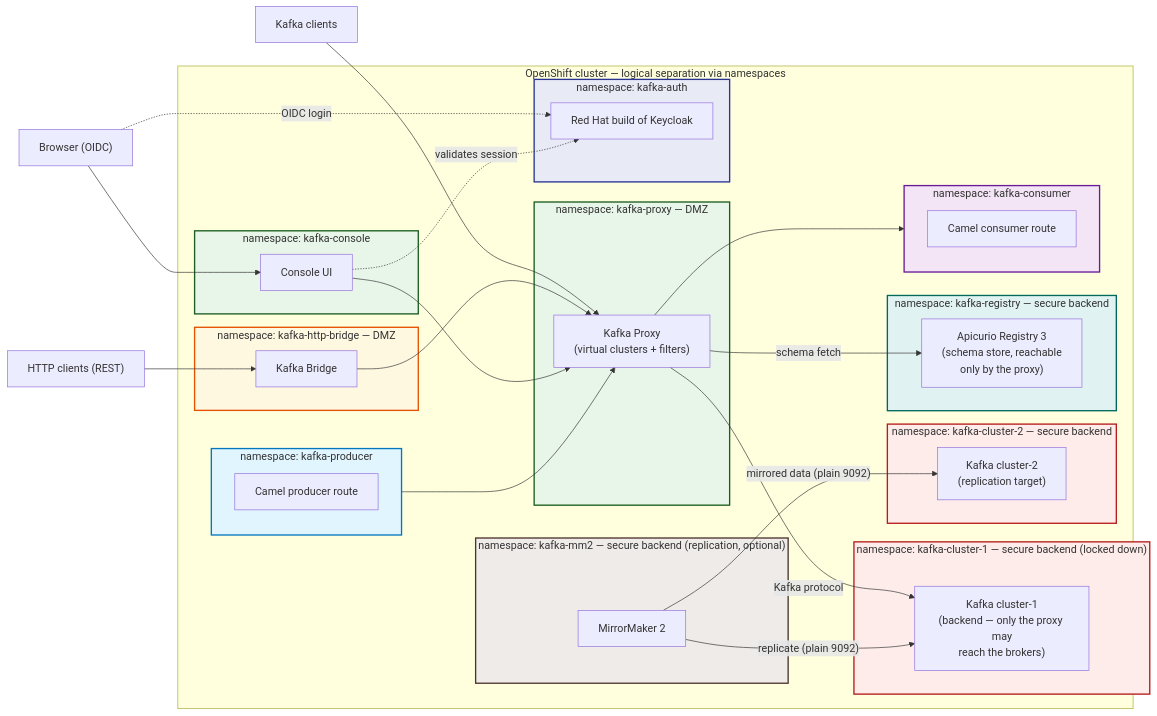
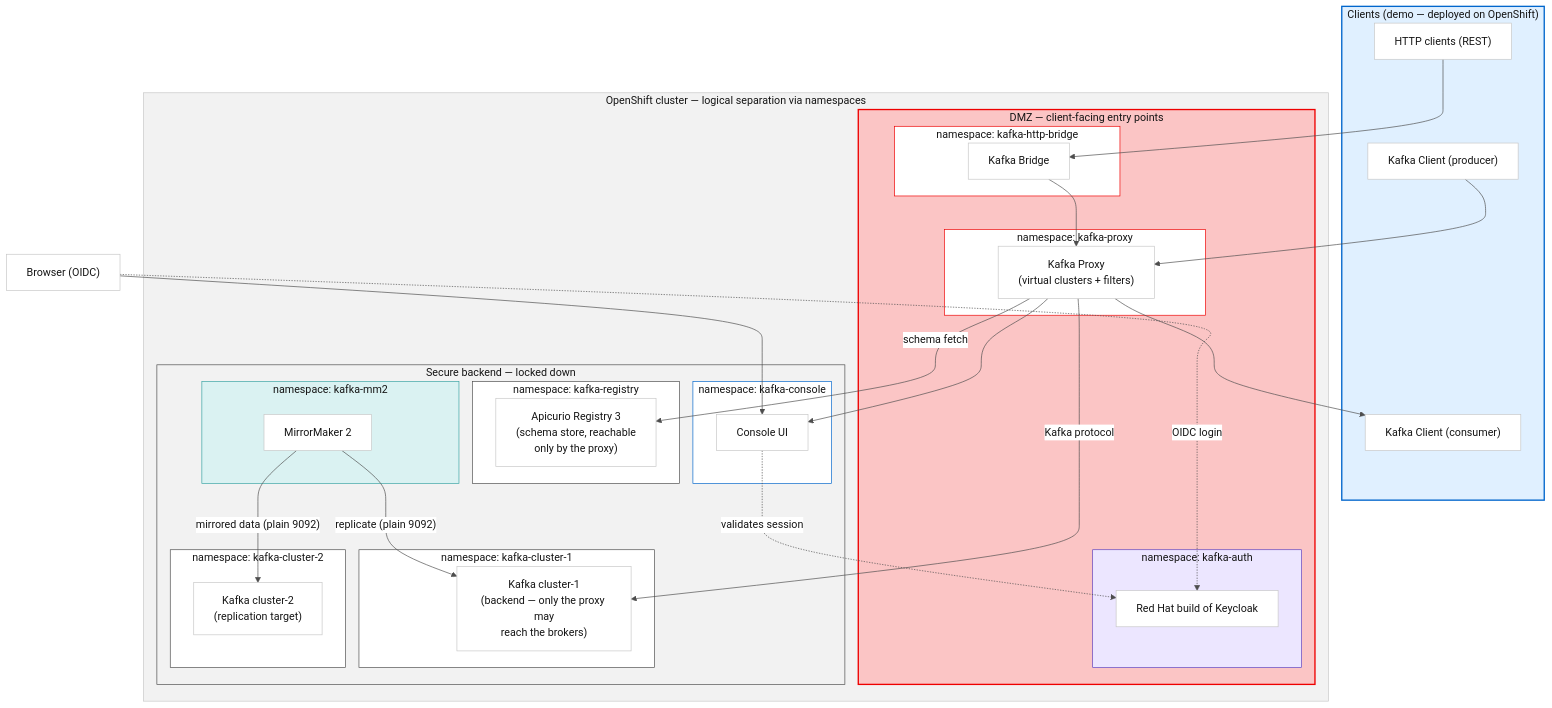
The second of 3 diagrams in README.md (jcordes73/kafka-proxy-use-cases), drawn with Mermaid before and after one commit. The commit also changed other lines of this file and 28 other files, not shown here.

````diff
--- a/README.md
+++ b/README.md
@@ -59,64 +66,68 @@
 ```mermaid
-flowchart LR
-    A["Kafka clients"]
-    H["HTTP clients (REST)"]
+%%{init: {"theme":"base","themeVariables":{"fontFamily":"Red Hat Text, Red Hat Display, sans-serif","primaryColor":"#FFFFFF","primaryTextColor":"#151515","primaryBorderColor":"#C7C7C7","lineColor":"#4D4D4D","secondaryColor":"#F2F2F2","tertiaryColor":"#F2F2F2","clusterBkg":"#F2F2F2","clusterBorder":"#C7C7C7","edgeLabelBackground":"#FFFFFF","titleColor":"#151515"}}}%%
+flowchart TB
     U["Browser (OIDC)"]
+    subgraph clientsSec["Clients (demo — deployed on OpenShift)"]
+        PROD["Kafka Client (producer)"]
+        CONS["Kafka Client (consumer)"]
+        H["HTTP clients (REST)"]
+    end
     subgraph openshift["OpenShift cluster — logical separation via namespaces"]
-        subgraph proxyNs["namespace: kafka-proxy — DMZ"]
-            P["Kafka Proxy<br/>(virtual clusters + filters)"]
+        subgraph dmz["DMZ — client-facing entry points"]
+            subgraph authNs["namespace: kafka-auth"]
+                KC["Red Hat build of Keycloak"]
+            end
+            subgraph proxyNs["namespace: kafka-proxy"]
+                P["Kafka Proxy<br/>(virtual clusters + filters)"]
+            end
+            subgraph bridgeNs["namespace: kafka-http-bridge"]
+                B["Kafka Bridge"]
+            end
         end
-        subgraph bridgeNs["namespace: kafka-http-bridge — DMZ"]
-            B["Kafka Bridge"]
-        end
-        subgraph consoleNs["namespace: kafka-console"]
-            C["Console UI"]
-        end
-        subgraph kafkaNs1["namespace: kafka-cluster-1 — secure backend (locked down)"]
-            K["Kafka cluster-1<br/>(backend — only the proxy may<br/>reach the brokers)"]
-        end
-        subgraph kafkaNs2["namespace: kafka-cluster-2 — secure backend"]
-            K2["Kafka cluster-2<br/>(replication target)"]
-        end
-        subgraph mm2Ns["namespace: kafka-mm2 — secure backend (replication, optional)"]
-            M["MirrorMaker 2"]
-        end
-        subgraph authNs["namespace: kafka-auth"]
-            KC["Red Hat build of Keycloak"]
-        end
-        subgraph registryNs["namespace: kafka-registry — secure backend"]
-            R["Apicurio Registry 3<br/>(schema store, reachable<br/>only by the proxy)"]
-        end
-        subgraph producerNs["namespace: kafka-producer"]
-            direction TB
-            PROD["Camel producer route"]
-        end
-        subgraph consumerNs["namespace: kafka-consumer"]
-            direction TB
-            CONS["Camel consumer route"]
+        subgraph backend["Secure backend — locked down"]
+            subgraph consoleNs["namespace: kafka-console"]
+                C["Console UI"]
+            end
+            subgraph registryNs["namespace: kafka-registry"]
+                R["Apicurio Registry 3<br/>(schema store, reachable<br/>only by the proxy)"]
+            end
+            subgraph kafkaNs1["namespace: kafka-cluster-1"]
+                K["Kafka cluster-1<br/>(backend — only the proxy may<br/>reach the brokers)"]
+            end
+            subgraph mm2Ns["namespace: kafka-mm2"]
+                M["MirrorMaker 2"]
+            end
+            subgraph kafkaNs2["namespace: kafka-cluster-2"]
+                K2["Kafka cluster-2<br/>(replication target)"]
+            end
         end
     end
-    A --> P
     H --> B
     B --> P
     U --> C
-    C --> P
+    P --> C
     PROD --> P
     P --> CONS
     P -- "Kafka protocol" --> K
     P -- "schema fetch" --> R
     M -- "replicate (plain 9092)" --> K
     M -- "mirrored data (plain 9092)" --> K2
+    %% layout hints (invisible links): shape the layout so no arrows cross
+    dmz ~~~ backend
+    R ~~~ K
+    PROD ~~~ U
     U -. "OIDC login" .-> KC
     C -. "validates session" .-> KC
 
-    style kafkaNs1 fill:#fdecea,stroke:#b71c1c,stroke-width:2px
-    style kafkaNs2 fill:#fdecea,stroke:#b71c1c,stroke-width:2px
-    style bridgeNs fill:#fff8e1,stroke:#e65100,stroke-width:2px
-    style authNs fill:#e8eaf6,stroke:#283593,stroke-width:2px
-    style proxyNs fill:#e8f5e9,stroke:#1b5e20,stroke-width:2px
-    style consoleNs fill:#e8f5e9,stroke:#1b5e20,stroke-width:2px
-    style producerNs fill:#e1f5fe,stroke:#0277bd,stroke-width:2px
-    style consumerNs fill:#f3e5f5,stroke:#6a1b9a,stroke-width:2px
-    style registryNs fill:#e0f2f1,stroke:#00695c,stroke-width:2px
-    style mm2Ns fill:#efebe9,stroke:#4e342e,stroke-width:2px
+    style kafkaNs1 fill:#FFFFFF,stroke:#4D4D4D
+    style kafkaNs2 fill:#FFFFFF,stroke:#4D4D4D
+    style bridgeNs fill:#FFFFFF,stroke:#EE0000
+    style authNs fill:#ECE6FF,stroke:#5E40BE
+    style proxyNs fill:#FFFFFF,stroke:#EE0000
+    style consoleNs fill:#FFFFFF,stroke:#0066CC
+    style registryNs fill:#FFFFFF,stroke:#4D4D4D
+    style mm2Ns fill:#DAF2F2,stroke:#37A3A3
+    style dmz fill:#FBC5C5,stroke:#EE0000,stroke-width:2px
+    style backend fill:#F2F2F2,stroke:#4D4D4D
+    style clientsSec fill:#E0F0FF,stroke:#0066CC,stroke-width:2px
 ```
````
